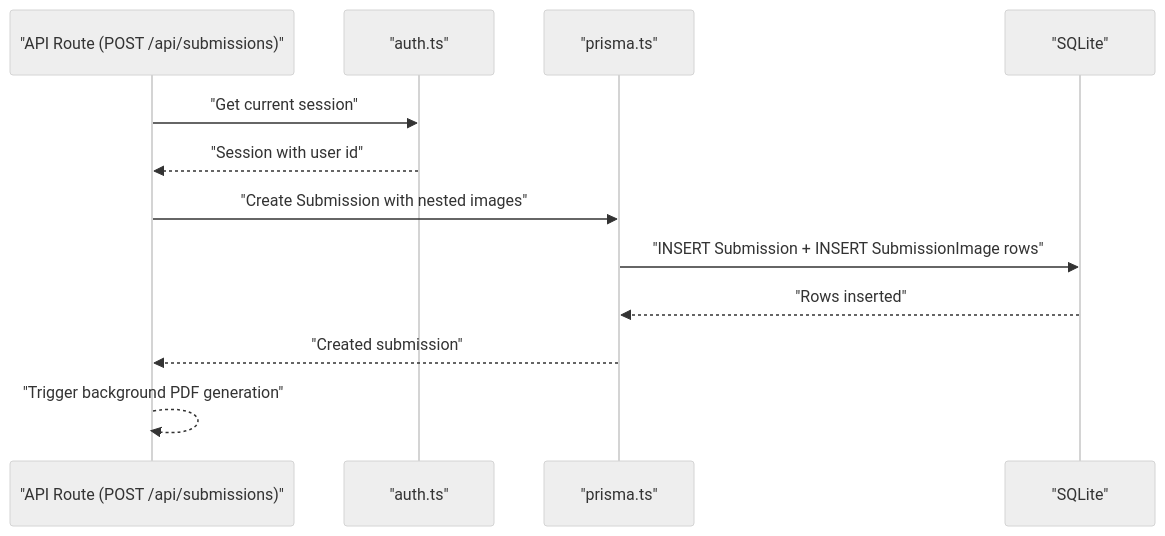
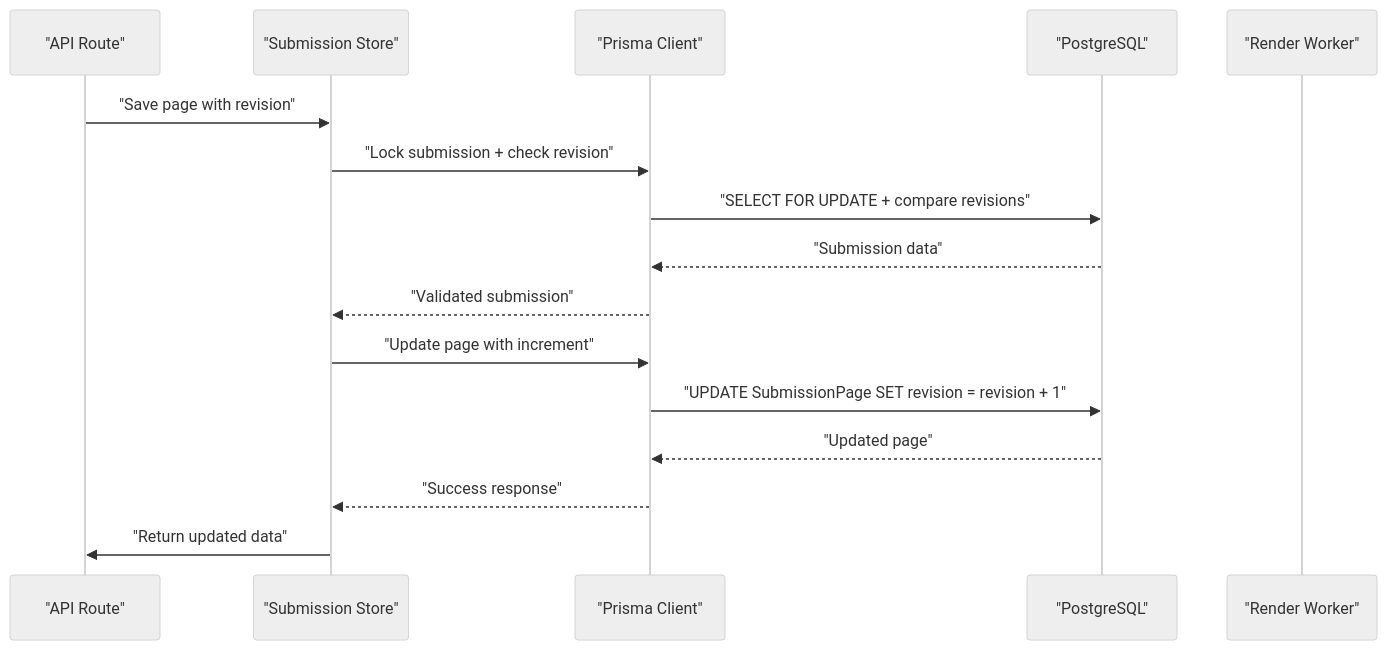
Before and after one commit to Crowdspender/titchybooks-app: the seventh of 9 diagrams in .qoder/repowiki/en/content/Configuration & Environment/Database & Prisma Setup.md, drawn with Mermaid (neutral theme). The commit also changed other lines of this file and 23 other files, not shown here.

````diff
--- a/.qoder/repowiki/en/content/Configuration & Environment/Database & Prisma Setup.md
+++ b/.qoder/repowiki/en/content/Configuration & Environment/Database & Prisma Setup.md
@@ -241,14 +329,18 @@
 ```mermaid
 sequenceDiagram
-participant Route as "API Route (POST /api/submissions)"
-participant Auth as "auth.ts"
-participant Prisma as "prisma.ts"
-participant DB as "SQLite"
-Route->>Auth : "Get current session"
-Auth-->>Route : "Session with user id"
-Route->>Prisma : "Create Submission with nested images"
-Prisma->>DB : "INSERT Submission + INSERT SubmissionImage rows"
-DB-->>Prisma : "Rows inserted"
-Prisma-->>Route : "Created submission"
-Route-->>Route : "Trigger background PDF generation"
+participant Route as "API Route"
+participant Store as "Submission Store"
+participant Prisma as "Prisma Client"
+participant DB as "PostgreSQL"
+participant Worker as "Render Worker"
+Route->>Store : "Save page with revision"
+Store->>Prisma : "Lock submission + check revision"
+Prisma->>DB : "SELECT FOR UPDATE + compare revisions"
+DB-->>Prisma : "Submission data"
+Prisma-->>Store : "Validated submission"
+Store->>Prisma : "Update page with increment"
+Prisma->>DB : "UPDATE SubmissionPage SET revision = revision + 1"
+DB-->>Prisma : "Updated page"
+Prisma-->>Store : "Success response"
+Store->>Route : "Return updated data"
 ```
````
